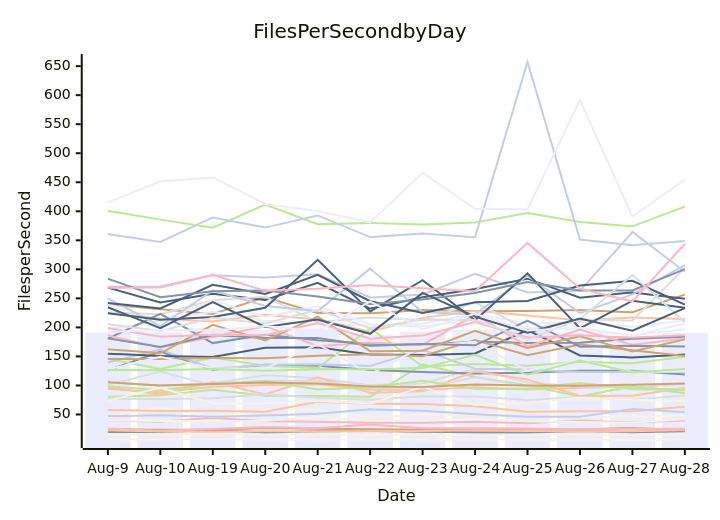
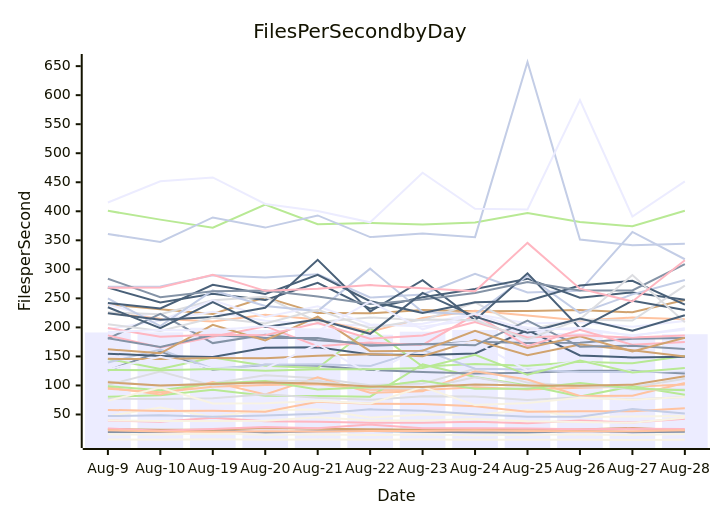
One commit to streetsidesoftware/cspell changed the diagram in perf-report.md. Above: the diagram before and after it, drawn with Mermaid. The commit also changed other lines of this file and 2 other files, not shown here.

````diff
--- a/perf-report.md
+++ b/perf-report.md
@@ -11,57 +11,57 @@
 ```mermaid
 xychart-beta
     title Files Per Second by Day
     y-axis Files per Second
     x-axis Date [Aug-9, Aug-10, Aug-19, Aug-20, Aug-21, Aug-22, Aug-23, Aug-24, Aug-25, Aug-26, Aug-27, Aug-28]
-    bar [191.27, 191.48, 199.45, 195.67, 198.22, 187.40, 192.61, 195.61, 200.69, 190.24, 185.15, 190.50]
-    line [19.76, 19.87, 23.15, 18.80, 21.30, 21.70, 20.11, 19.24, 18.97, 21.74, 19.44, 21.30]
-    line [94.45, 88.13, 97.66, 100.71, 101.93, 92.80, 92.11, 97.07, 92.83, 96.14, 97.78, 91.24]
-    line [106.66, 99.38, 103.80, 117.71, 112.47, 100.50, 103.30, 128.71, 104.89, 98.28, 96.78, 102.17]
-    line [80.61, 83.15, 92.81, 82.44, 81.86, 80.75, 136.22, 114.72, 99.92, 81.00, 98.60, 86.76]
-    line [239.79, 231.09, 223.10, 252.00, 224.60, 224.17, 230.06, 227.93, 228.22, 229.99, 225.97, 256.46]
-    line [269.81, 270.47, 289.77, 286.14, 291.59, 251.52, 256.69, 292.19, 260.02, 262.94, 364.38, 295.92]
-    line [39.52, 37.52, 44.46, 38.46, 37.42, 35.96, 35.65, 37.61, 34.82, 39.47, 36.12, 39.71]
-    line [268.54, 243.09, 257.77, 247.18, 276.72, 232.23, 252.08, 266.01, 283.94, 251.01, 260.27, 249.20]
-    line [6.78, 6.60, 7.51, 6.38, 6.72, 6.55, 6.77, 6.55, 6.58, 6.64, 6.06, 6.58]
-    line [240.17, 211.99, 227.00, 211.38, 205.51, 203.10, 206.43, 223.33, 206.89, 208.72, 201.20, 211.92]
-    line [125.68, 158.27, 127.25, 135.61, 133.76, 126.70, 123.28, 120.42, 121.90, 125.42, 125.26, 119.07]
-    line [225.24, 214.74, 210.02, 221.88, 213.58, 192.56, 216.27, 228.68, 220.47, 211.98, 216.89, 214.66]
-    line [225.91, 222.58, 246.74, 252.74, 209.47, 217.12, 212.13, 242.98, 195.81, 213.43, 211.78, 302.76]
-    line [145.75, 128.32, 148.05, 133.76, 130.09, 198.58, 132.66, 136.89, 133.84, 140.74, 138.14, 149.64]
-    line [24.65, 23.72, 23.68, 26.94, 25.51, 24.79, 23.76, 23.53, 22.75, 24.32, 26.78, 22.73]
-    line [139.45, 161.93, 128.87, 135.71, 136.66, 133.36, 161.38, 128.87, 127.62, 123.35, 123.11, 122.97]
-    line [25.95, 22.03, 24.86, 28.29, 26.21, 32.71, 26.20, 26.09, 26.00, 24.43, 25.37, 25.30]
-    line [154.75, 150.93, 149.02, 164.86, 165.64, 153.35, 152.64, 155.02, 195.52, 151.70, 148.17, 153.51]
-    line [15.80, 15.53, 17.25, 15.28, 15.49, 14.84, 15.46, 14.39, 15.01, 15.63, 14.69, 15.59]
-    line [196.97, 211.99, 246.59, 218.10, 236.31, 204.94, 201.38, 212.81, 200.01, 195.34, 186.50, 196.65]
-    line [180.75, 223.35, 172.94, 187.16, 177.68, 172.01, 170.49, 175.09, 173.22, 173.59, 180.48, 184.11]
-    line [96.93, 84.41, 106.12, 84.61, 114.12, 87.31, 89.99, 124.55, 110.24, 81.92, 82.24, 96.03]
-    line [77.16, 76.75, 77.91, 84.91, 78.76, 75.34, 81.46, 80.77, 74.97, 79.78, 75.90, 82.49]
-    line [400.74, 385.62, 371.65, 411.46, 377.61, 379.88, 377.18, 380.64, 396.91, 381.52, 374.08, 408.05]
-    line [145.79, 145.58, 147.10, 147.08, 151.07, 153.94, 150.27, 178.09, 152.08, 170.66, 160.71, 150.87]
-    line [249.96, 202.34, 263.67, 236.99, 228.06, 301.20, 226.40, 222.40, 289.06, 224.56, 256.87, 307.43]
-    line [186.27, 165.43, 184.07, 202.12, 167.51, 173.85, 169.85, 221.75, 167.75, 195.90, 170.00, 181.07]
-    line [224.37, 213.27, 217.89, 233.79, 316.48, 227.32, 281.23, 212.31, 293.11, 198.49, 245.94, 233.69]
-    line [47.00, 61.84, 45.89, 57.63, 58.67, 44.77, 49.92, 49.06, 57.90, 45.60, 46.71, 47.88]
-    line [127.47, 149.55, 129.16, 129.10, 170.99, 119.13, 167.47, 175.06, 125.57, 143.51, 123.67, 124.64]
-    line [181.18, 166.12, 186.93, 181.85, 181.88, 168.34, 171.35, 169.12, 211.70, 166.64, 168.34, 166.99]
-    line [57.90, 56.15, 56.35, 54.76, 71.89, 68.47, 68.09, 64.39, 54.76, 55.64, 55.71, 63.34]
-    line [101.07, 123.80, 99.87, 108.06, 107.98, 95.34, 94.96, 114.12, 97.84, 103.09, 93.25, 93.04]
-    line [98.84, 91.76, 103.43, 107.49, 93.08, 97.11, 107.90, 94.53, 94.47, 104.38, 94.67, 92.66]
-    line [162.48, 155.40, 204.32, 177.59, 218.64, 159.00, 159.79, 194.26, 164.45, 184.75, 158.60, 179.41]
-    line [360.76, 347.31, 389.41, 371.89, 392.82, 355.53, 361.83, 355.43, 657.12, 351.25, 341.51, 348.71]
-    line [198.91, 184.05, 187.41, 186.67, 207.48, 180.49, 185.92, 209.38, 182.67, 186.49, 182.43, 186.64]
-    line [242.10, 232.62, 273.32, 257.69, 290.62, 245.10, 224.83, 243.49, 245.36, 272.30, 280.33, 239.27]
-    line [73.60, 96.61, 68.89, 69.48, 73.38, 68.77, 97.84, 66.15, 69.59, 78.77, 75.57, 73.42]
-    line [415.14, 451.69, 458.22, 412.53, 400.53, 380.98, 466.37, 404.40, 403.18, 591.49, 390.96, 454.33]
-    line [283.77, 252.09, 262.36, 263.68, 253.37, 240.18, 248.22, 259.20, 278.18, 263.50, 263.68, 300.36]
-    line [22.84, 20.59, 20.47, 21.22, 20.90, 21.42, 21.40, 22.88, 21.36, 21.22, 21.19, 23.48]
-    line [205.56, 193.98, 216.67, 206.61, 230.20, 198.53, 213.69, 212.64, 179.07, 214.07, 290.22, 209.19]
-    line [126.64, 126.17, 128.45, 125.27, 127.94, 127.77, 130.20, 152.67, 118.34, 143.02, 122.15, 128.36]
-    line [105.46, 100.11, 102.43, 104.89, 103.21, 98.21, 97.36, 101.78, 100.00, 99.58, 101.28, 103.38]
-    line [47.26, 48.66, 46.00, 48.26, 51.42, 58.83, 56.30, 50.38, 45.97, 45.91, 59.43, 53.83]
-    line [268.09, 268.70, 290.78, 262.94, 266.60, 272.93, 267.45, 262.37, 345.57, 266.69, 244.68, 344.12]
-    line [234.76, 198.61, 243.75, 200.90, 213.71, 188.91, 259.37, 218.53, 190.79, 215.33, 194.36, 233.28]
-    line [39.98, 38.63, 38.64, 39.11, 45.24, 39.50, 39.66, 42.07, 38.23, 36.94, 35.58, 42.11]
-    line [192.03, 195.48, 194.87, 202.54, 193.62, 244.63, 196.70, 223.56, 194.58, 199.46, 185.25, 206.78]
+    bar [191.27, 191.48, 199.45, 195.67, 198.22, 187.40, 192.61, 195.61, 200.69, 190.24, 185.15, 188.21]
+    line [19.76, 19.87, 23.15, 18.80, 21.30, 21.70, 20.11, 19.24, 18.97, 21.74, 19.44, 20.19]
+    line [94.45, 88.13, 97.66, 100.71, 101.93, 92.80, 92.11, 97.07, 92.83, 96.14, 97.78, 101.44]
+    line [106.66, 99.38, 103.80, 117.71, 112.47, 100.50, 103.30, 128.71, 104.89, 98.28, 96.78, 111.55]
+    line [80.61, 83.15, 92.81, 82.44, 81.86, 80.75, 136.22, 114.72, 99.92, 81.00, 98.60, 84.15]
+    line [239.79, 231.09, 223.10, 252.00, 224.60, 224.17, 230.06, 227.93, 228.22, 229.99, 225.97, 247.24]
+    line [269.81, 270.47, 289.77, 286.14, 291.59, 251.52, 256.69, 292.19, 260.02, 262.94, 364.38, 317.40]
+    line [39.52, 37.52, 44.46, 38.46, 37.42, 35.96, 35.65, 37.61, 34.82, 39.47, 36.12, 42.85]
+    line [268.54, 243.09, 257.77, 247.18, 276.72, 232.23, 252.08, 266.01, 283.94, 251.01, 260.27, 247.53]
+    line [6.78, 6.60, 7.51, 6.38, 6.72, 6.55, 6.77, 6.55, 6.58, 6.64, 6.06, 6.50]
+    line [240.17, 211.99, 227.00, 211.38, 205.51, 203.10, 206.43, 223.33, 206.89, 208.72, 201.20, 210.84]
+    line [125.68, 158.27, 127.25, 135.61, 133.76, 126.70, 123.28, 120.42, 121.90, 125.42, 125.26, 120.50]
+    line [225.24, 214.74, 210.02, 221.88, 213.58, 192.56, 216.27, 228.68, 220.47, 211.98, 216.89, 214.13]
+    line [225.91, 222.58, 246.74, 252.74, 209.47, 217.12, 212.13, 242.98, 195.81, 213.43, 211.78, 271.90]
+    line [145.75, 128.32, 148.05, 133.76, 130.09, 198.58, 132.66, 136.89, 133.84, 140.74, 138.14, 150.66]
+    line [24.65, 23.72, 23.68, 26.94, 25.51, 24.79, 23.76, 23.53, 22.75, 24.32, 26.78, 22.87]
+    line [139.45, 161.93, 128.87, 135.71, 136.66, 133.36, 161.38, 128.87, 127.62, 123.35, 123.11, 124.87]
+    line [25.95, 22.03, 24.86, 28.29, 26.21, 32.71, 26.20, 26.09, 26.00, 24.43, 25.37, 25.04]
+    line [154.75, 150.93, 149.02, 164.86, 165.64, 153.35, 152.64, 155.02, 195.52, 151.70, 148.17, 149.38]
+    line [15.80, 15.53, 17.25, 15.28, 15.49, 14.84, 15.46, 14.39, 15.01, 15.63, 14.69, 16.59]
+    line [196.97, 211.99, 246.59, 218.10, 236.31, 204.94, 201.38, 212.81, 200.01, 195.34, 186.50, 195.99]
+    line [180.75, 223.35, 172.94, 187.16, 177.68, 172.01, 170.49, 175.09, 173.22, 173.59, 180.48, 181.57]
+    line [96.93, 84.41, 106.12, 84.61, 114.12, 87.31, 89.99, 124.55, 110.24, 81.92, 82.24, 104.30]
+    line [77.16, 76.75, 77.91, 84.91, 78.76, 75.34, 81.46, 80.77, 74.97, 79.78, 75.90, 80.32]
+    line [400.74, 385.62, 371.65, 411.46, 377.61, 379.88, 377.18, 380.64, 396.91, 381.52, 374.08, 400.80]
+    line [145.79, 145.58, 147.10, 147.08, 151.07, 153.94, 150.27, 178.09, 152.08, 170.66, 160.71, 149.71]
+    line [249.96, 202.34, 263.67, 236.99, 228.06, 301.20, 226.40, 222.40, 289.06, 224.56, 256.87, 281.69]
+    line [186.27, 165.43, 184.07, 202.12, 167.51, 173.85, 169.85, 221.75, 167.75, 195.90, 170.00, 174.76]
+    line [224.37, 213.27, 217.89, 233.79, 316.48, 227.32, 281.23, 212.31, 293.11, 198.49, 245.94, 229.98]
+    line [47.00, 61.84, 45.89, 57.63, 58.67, 44.77, 49.92, 49.06, 57.90, 45.60, 46.71, 47.61]
+    line [127.47, 149.55, 129.16, 129.10, 170.99, 119.13, 167.47, 175.06, 125.57, 143.51, 123.67, 125.90]
+    line [181.18, 166.12, 186.93, 181.85, 181.88, 168.34, 171.35, 169.12, 211.70, 166.64, 168.34, 162.83]
+    line [57.90, 56.15, 56.35, 54.76, 71.89, 68.47, 68.09, 64.39, 54.76, 55.64, 55.71, 60.57]
+    line [101.07, 123.80, 99.87, 108.06, 107.98, 95.34, 94.96, 114.12, 97.84, 103.09, 93.25, 92.87]
+    line [98.84, 91.76, 103.43, 107.49, 93.08, 97.11, 107.90, 94.53, 94.47, 104.38, 94.67, 91.82]
+    line [162.48, 155.40, 204.32, 177.59, 218.64, 159.00, 159.79, 194.26, 164.45, 184.75, 158.60, 182.30]
+    line [360.76, 347.31, 389.41, 371.89, 392.82, 355.53, 361.83, 355.43, 657.12, 351.25, 341.51, 343.92]
+    line [198.91, 184.05, 187.41, 186.67, 207.48, 180.49, 185.92, 209.38, 182.67, 186.49, 182.43, 185.90]
+    line [242.10, 232.62, 273.32, 257.69, 290.62, 245.10, 224.83, 243.49, 245.36, 272.30, 280.33, 239.23]
+    line [73.60, 96.61, 68.89, 69.48, 73.38, 68.77, 97.84, 66.15, 69.59, 78.77, 75.57, 80.30]
+    line [415.14, 451.69, 458.22, 412.53, 400.53, 380.98, 466.37, 404.40, 403.18, 591.49, 390.96, 451.41]
+    line [283.77, 252.09, 262.36, 263.68, 253.37, 240.18, 248.22, 259.20, 278.18, 263.50, 263.68, 308.84]
+    line [22.84, 20.59, 20.47, 21.22, 20.90, 21.42, 21.40, 22.88, 21.36, 21.22, 21.19, 22.84]
+    line [205.56, 193.98, 216.67, 206.61, 230.20, 198.53, 213.69, 212.64, 179.07, 214.07, 290.22, 208.91]
+    line [126.64, 126.17, 128.45, 125.27, 127.94, 127.77, 130.20, 152.67, 118.34, 143.02, 122.15, 130.03]
+    line [105.46, 100.11, 102.43, 104.89, 103.21, 98.21, 97.36, 101.78, 100.00, 99.58, 101.28, 115.95]
+    line [47.26, 48.66, 46.00, 48.26, 51.42, 58.83, 56.30, 50.38, 45.97, 45.91, 59.43, 51.54]
+    line [268.09, 268.70, 290.78, 262.94, 266.60, 272.93, 267.45, 262.37, 345.57, 266.69, 244.68, 315.80]
+    line [234.76, 198.61, 243.75, 200.90, 213.71, 188.91, 259.37, 218.53, 190.79, 215.33, 194.36, 221.01]
+    line [39.98, 38.63, 38.64, 39.11, 45.24, 39.50, 39.66, 42.07, 38.23, 36.94, 35.58, 44.20]
+    line [192.03, 195.48, 194.87, 202.54, 193.62, 244.63, 196.70, 223.56, 194.58, 199.46, 185.25, 198.44]
 ```
````
